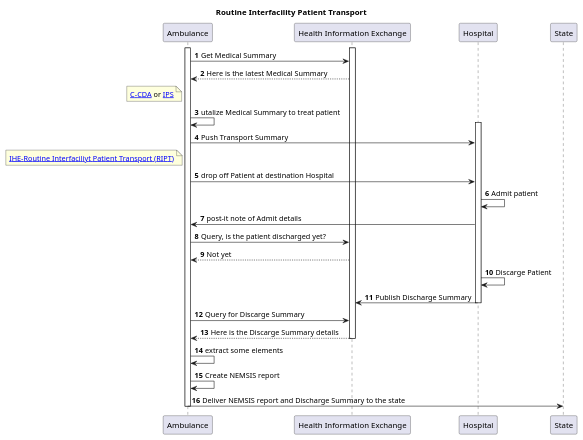
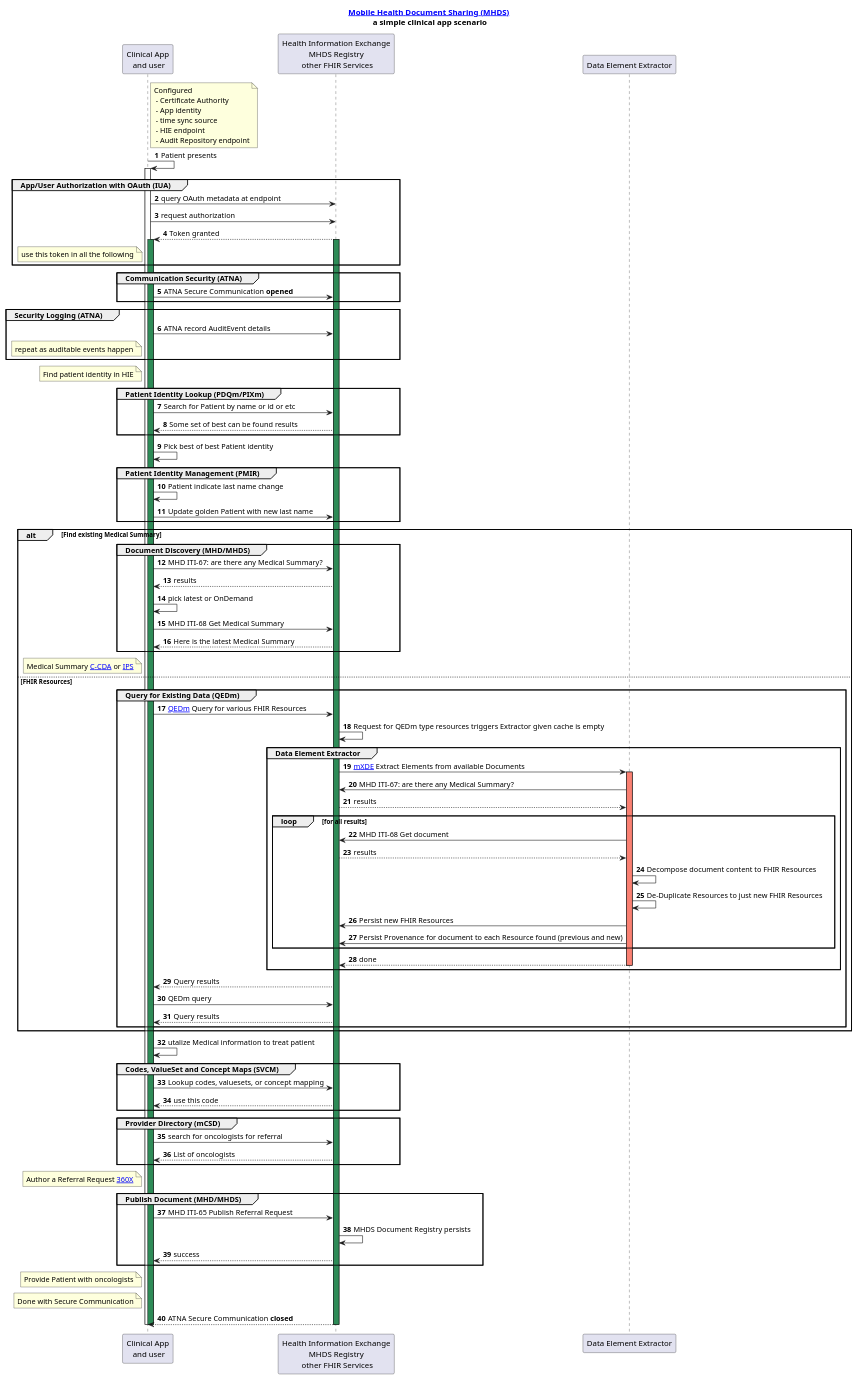
One commit to JohnMoehrke/MHDS-flow changed the diagram in input/images-source/usecase-mhds-processflow.plantuml. Above: the diagram before and after it, drawn with PlantUML.

Commit message:
full flow

```diff
--- a/input/images-source/usecase-mhds-processflow.plantuml
+++ b/input/images-source/usecase-mhds-processflow.plantuml
@@ -1,42 +1,115 @@
 @startuml
 skinparam svgDimensionStyle false
-title Routine Interfacility Patient Transport
-participant "Ambulance" as Ambulance
-participant "Health Information Exchange" as HIE [[https://profiles.ihe.net/ITI/HIE-Whitepaper/index.html HIE-Whitepaper]]
+title [[https://profiles.ihe.net/ITI/MHDS/index.html Mobile Health Document Sharing (MHDS)]]\n a simple clinical app scenario
+participant "Clinical App\n and user" as App
+participant "Health Information Exchange\nMHDS Registry\n other FHIR Services" as HIE [[https://profiles.ihe.net/ITI/HIE-Whitepaper/index.html HIE-Whitepaper]]
 autonumber
-activate Ambulance
-activate HIE
-Ambulance -> HIE: Get Medical Summary
-Ambulance <-- HIE: Here is the latest Medical Summary
-Note left of Ambulance: [[https://www.hl7.org/ccdasearch/ C-CDA]] or [[https://hl7.org/fhir/uv/ips/ IPS]]
+Note right of App: Configured \n - Certificate Authority\n - App identity\n - time sync source\n - HIE endpoint\n - Audit Repository endpoint
 
-Ambulance -> Ambulance: utalize Medical Summary to treat patient
+App -> App: Patient presents
+activate App
 
-activate Hospital
-Ambulance -> Hospital: Push Transport Summary 
-Note left of Ambulance: [[https://www.ihe.net/uploadedFiles/Documents/PCC/IHE_PCC_Suppl_RIPT.pdf IHE-Routine Interfaciliyt Patient Transport (RIPT)]]
+group App/User Authorization with OAuth (IUA)
+App -> HIE: query OAuth metadata at endpoint
+App -> HIE: request authorization 
+App <-- HIE: Token granted
+Note left of App: use this token in all the following 
+activate App #SeaGreen
+activate HIE #SeaGreen
+end group
 
-Ambulance -> Hospital: drop off Patient at destination Hospital
+group Communication Security (ATNA)
+App -> HIE: ATNA Secure Communication **opened**
+end group
 
-Hospital-> Hospital: Admit patient
+group Security Logging (ATNA)
+App -> HIE: ATNA record AuditEvent details
+Note left of App: repeat as auditable events happen
+end group
 
-Hospital -> Ambulance: post-it note of Admit details
+Note left of App: Find patient identity in HIE
+group Patient Identity Lookup (PDQm/PIXm)
+App -> HIE: Search for Patient by name or id or etc
+App <-- HIE: Some set of best can be found results
+end group
 
-Ambulance -> HIE: Query, is the patient discharged yet? 
-Ambulance <-- HIE: Not yet
+App -> App: Pick best of best Patient identity
 
-Hospital -> Hospital: Discarge Patient
-Hospital -> HIE: Publish Discharge Summary
-deactivate Hospital
+group Patient Identity Management (PMIR) 
+App -> App: Patient indicate last name change
+App -> HIE: Update golden Patient with new last name
+end group
 
-Ambulance -> HIE: Query for Discarge Summary
-Ambulance <-- HIE: Here is the Discarge Summary details
+alt Find existing Medical Summary
+    group Document Discovery (MHD/MHDS)
+    App -> HIE: MHD ITI-67: are there any Medical Summary?
+    App <-- HIE: results
+
+    App -> App: pick latest or OnDemand 
+
+    App -> HIE: MHD ITI-68 Get Medical Summary
+    App <-- HIE: Here is the latest Medical Summary
+    end group
+
+    Note left of App: Medical Summary [[https://www.hl7.org/ccdasearch/ C-CDA]] or [[https://hl7.org/fhir/uv/ips/ IPS]]
+
+else FHIR Resources
+    group Query for Existing Data (QEDm)
+    participant "Data Element Extractor" as Extractor
+    App -> HIE: [[https://www.ihe.net/uploadedFiles/Documents/PCC/IHE_PCC_Suppl_QEDm.pdf QEDm]] Query for various FHIR Resources
+    HIE -> HIE: Request for QEDm type resources triggers Extractor given cache is empty
+    group Data Element Extractor
+    HIE-> Extractor : [[https://www.ihe.net/uploadedFiles/Documents/ITI/IHE_ITI_Suppl_mXDE.pdf mXDE]] Extract Elements from available Documents
+    activate Extractor #Salmon
+    Extractor -> HIE: MHD ITI-67: are there any Medical Summary?
+    Extractor <-- HIE: results
+    loop for all results
+    Extractor -> HIE: MHD ITI-68 Get document
+    Extractor <-- HIE: results
+    Extractor -> Extractor: Decompose document content to FHIR Resources
+    Extractor -> Extractor: De-Duplicate Resources to just new FHIR Resources
+    Extractor -> HIE: Persist new FHIR Resources
+    Extractor -> HIE: Persist Provenance for document to each Resource found (previous and new)
+    end loop
+    HIE <-- Extractor : done
+    deactivate Extractor
+    end group
+
+    App <-- HIE: Query results
+    App -> HIE: QEDm query
+    App <-- HIE: Query results
+    end group
+end
+
+    App -> App: utalize Medical information to treat patient
+
+group Codes, ValueSet and Concept Maps (SVCM) 
+App -> HIE: Lookup codes, valuesets, or concept mapping
+App <-- HIE: use this code
+end group
+
+group Provider Directory (mCSD) 
+App -> HIE: search for oncologists for referral
+App <--  HIE: List of oncologists 
+end group 
+
+Note left of App: Author a Referral Request [[https://www.ihe.net/uploadedFiles/Documents/PCC/IHE_PCC_Suppl_360X.pdf 360X]]
+
+group Publish Document (MHD/MHDS)
+App -> HIE: MHD ITI-65 Publish Referral Request 
+HIE->HIE: MHDS Document Registry persists
+App <-- HIE: success
+end group
+
+Note left of App: Provide Patient with oncologists 
+
+Note Left of App: Done with Secure Communication
+App <-- HIE: ATNA Secure Communication **closed**
+deactivate App
 deactivate HIE
 
-Ambulance -> Ambulance: extract some elements
-Ambulance -> Ambulance: Create NEMSIS report
-Ambulance -> State: Deliver NEMSIS report and Discharge Summary to the state
 
-deactivate Ambulance
+deactivate App
+
 
 @enduml
```
